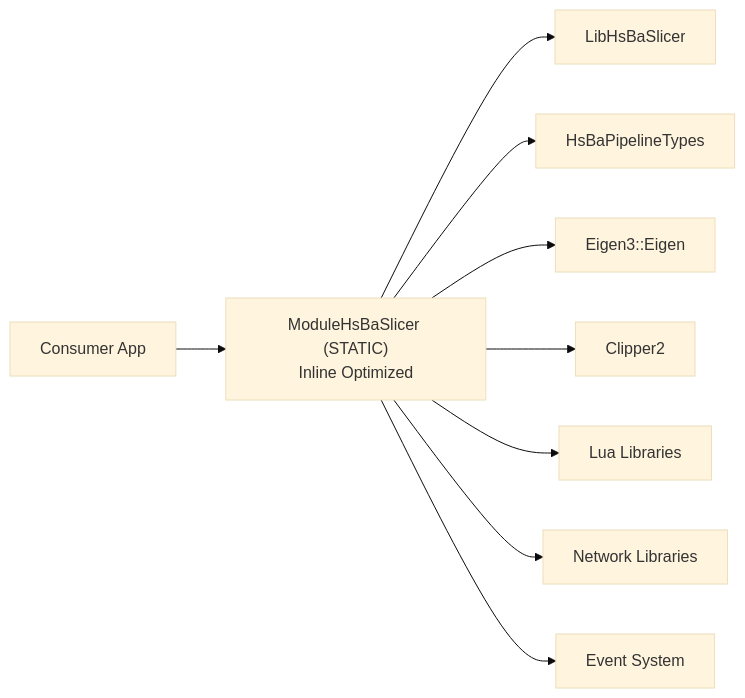
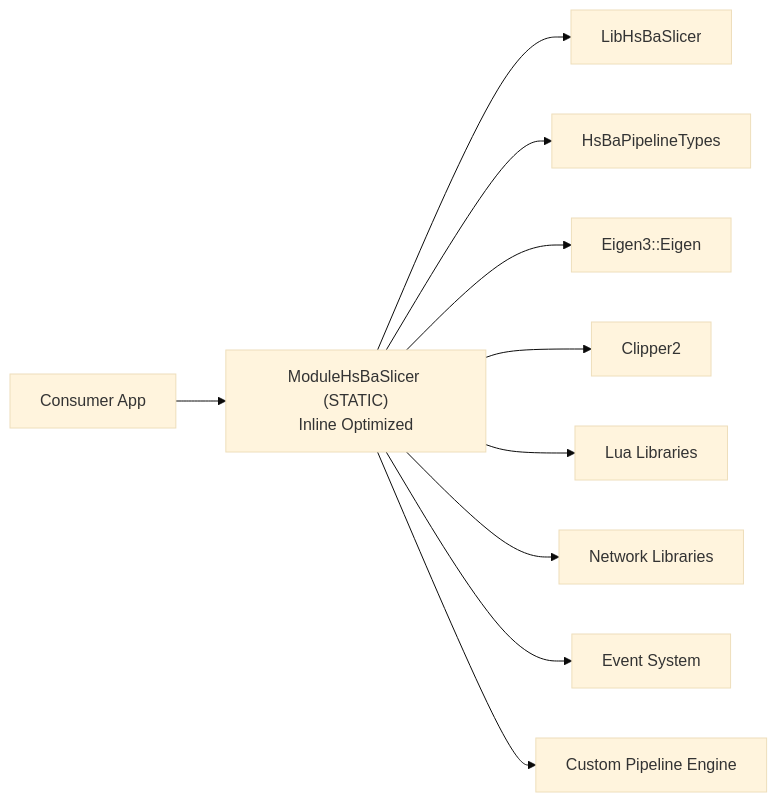
Before and after one commit to hsmbanlance/HsBaSlicer: the tenth of 10 diagrams in .qoder/repowiki/en/content/Core Architecture/C++20 Module Wrapper (ModuleHsBaSlicer).md, drawn with Mermaid (base theme). The commit also changed other lines of this file and 14 other files, not shown here.

````diff
--- a/.qoder/repowiki/en/content/Core Architecture/C++20 Module Wrapper (ModuleHsBaSlicer).md
+++ b/.qoder/repowiki/en/content/Core Architecture/C++20 Module Wrapper (ModuleHsBaSlicer).md
@@ -460,11 +502,12 @@
 ```mermaid
 graph LR
 Consumer["Consumer App"] --> Module["ModuleHsBaSlicer (STATIC)<br/>Inline Optimized"]
 Module --> Lib["LibHsBaSlicer"]
 Module --> Types["HsBaPipelineTypes"]
 Module --> Eigen["Eigen3::Eigen"]
 Module --> Clipper["Clipper2"]
 Module --> Lua["Lua Libraries"]
 Module --> Network["Network Libraries"]
 Module --> Events["Event System"]
+Module --> CustomPipe["Custom Pipeline Engine"]
 ```
````
